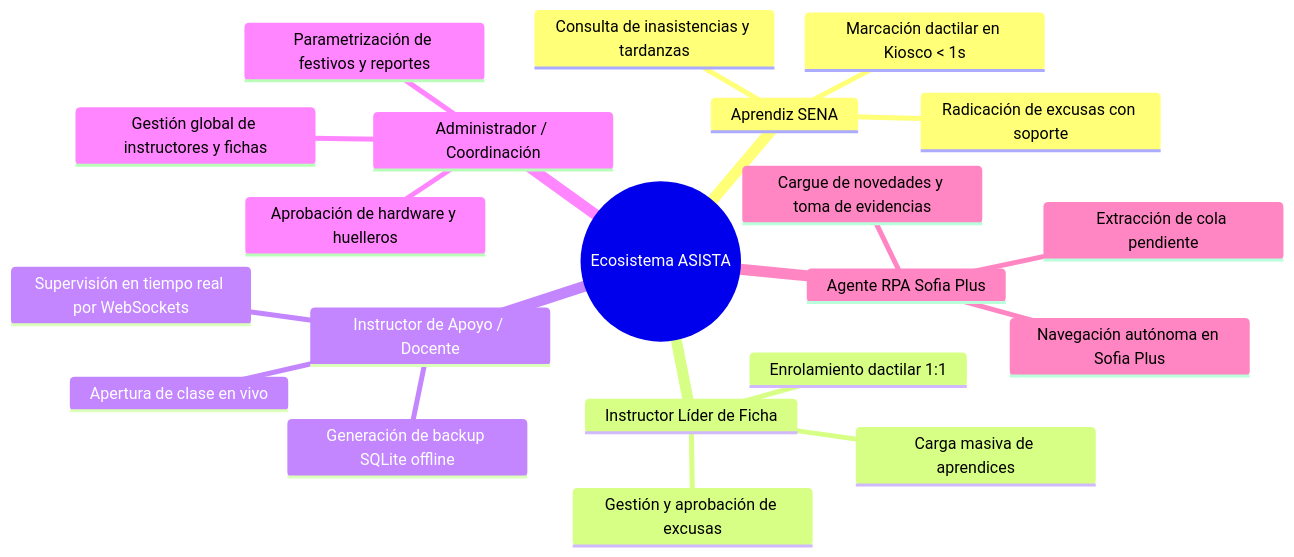
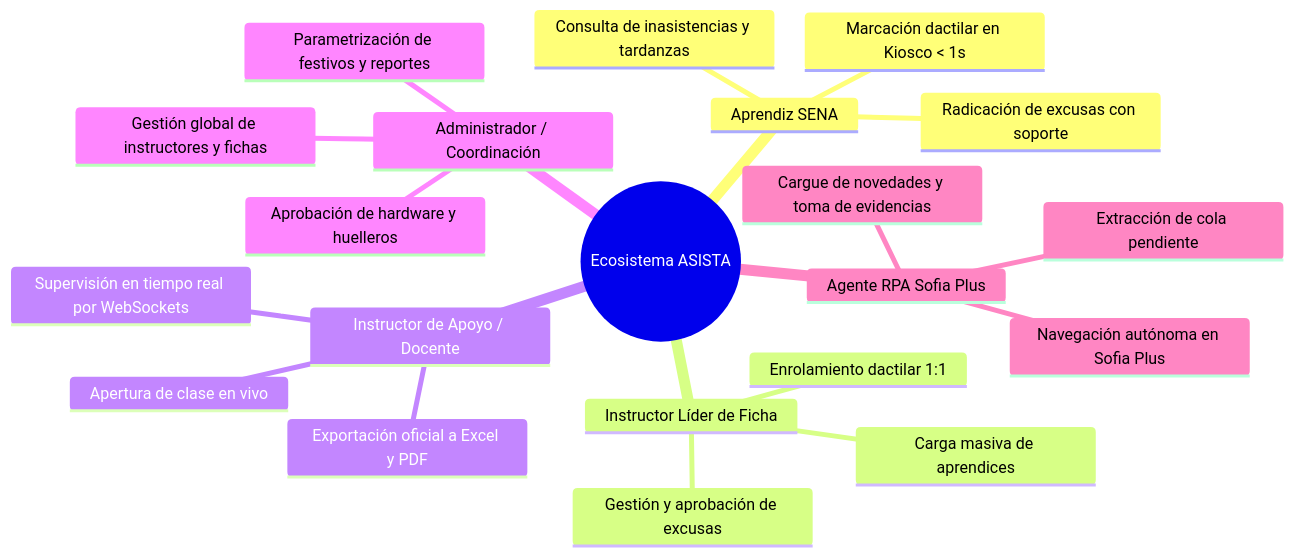
The first of 5 diagrams in docs/PRD.md (JuanViviescas00/Asista), drawn with Mermaid before and after one commit. The commit also changed other lines of this file and 9 other files, not shown here.

````diff
--- a/docs/PRD.md
+++ b/docs/PRD.md
@@ -66,24 +66,24 @@
 ```mermaid
 mindmap
   root((Ecosistema ASISTA))
     Aprendiz SENA
       Marcación dactilar en Kiosco < 1s
       Consulta de inasistencias y tardanzas
       Radicación de excusas con soporte
     Instructor Líder de Ficha
       Enrolamiento dactilar 1:1
       Gestión y aprobación de excusas
       Carga masiva de aprendices
     Instructor de Apoyo / Docente
       Apertura de clase en vivo
       Supervisión en tiempo real por WebSockets
-      Generación de backup SQLite offline
+      Exportación oficial a Excel y PDF
     Administrador / Coordinación
       Gestión global de instructores y fichas
       Aprobación de hardware y huelleros
       Parametrización de festivos y reportes
     Agente RPA Sofia Plus
       Extracción de cola pendiente
       Navegación autónoma en Sofia Plus
       Cargue de novedades y toma de evidencias
 ```
````
